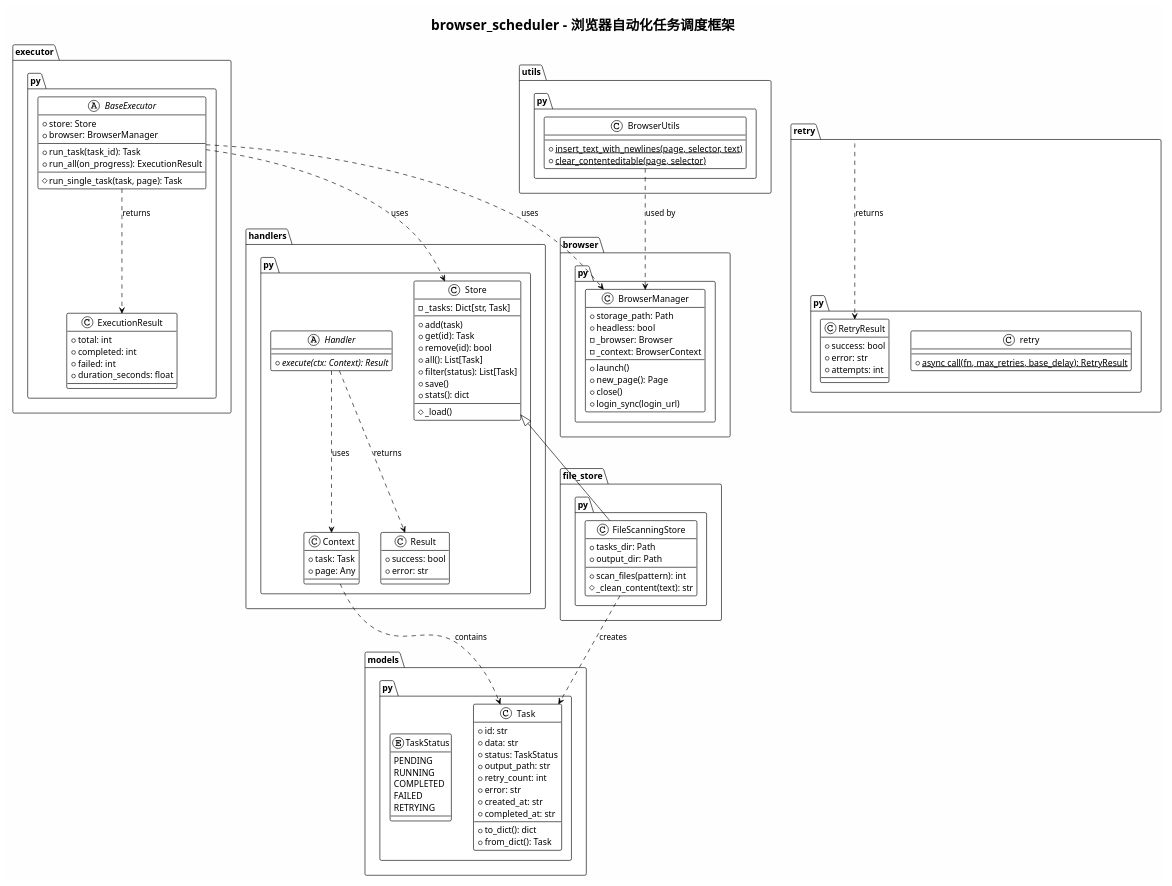
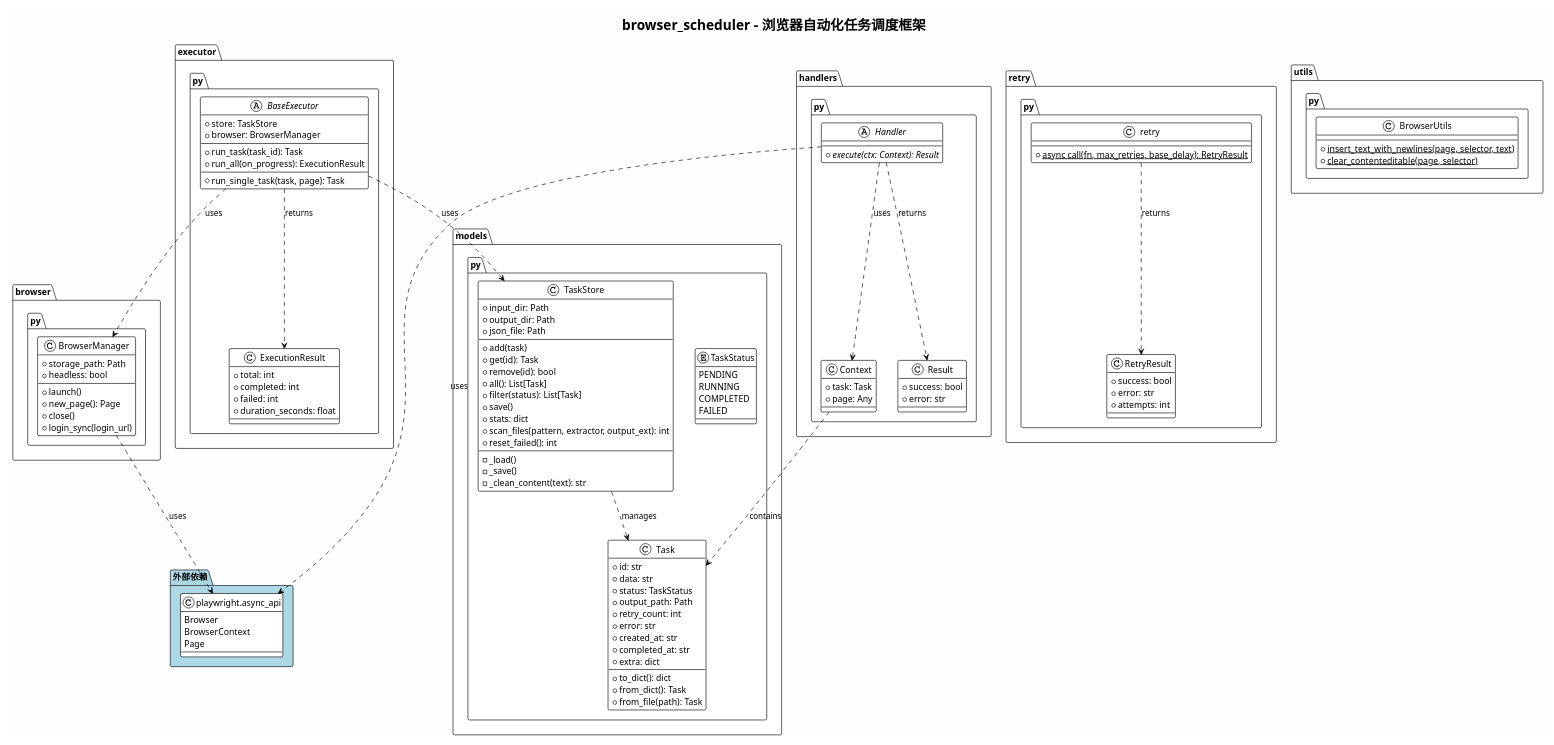
Before and after one commit to dreasky/gemini-img: the diagram in scripts/browser_scheduler/doc/architecture.puml, drawn with PlantUML.

Commit message:
feat：browser_scheduler 结构图更新

```diff
--- a/scripts/browser_scheduler/doc/architecture.puml
+++ b/scripts/browser_scheduler/doc/architecture.puml
@@ -1,151 +1,151 @@
 @startuml browser_scheduler_architecture
 !theme plain
 skinparam backgroundColor #FEFEFE
 skinparam componentStyle rectangle
 skinparam packageStyle folder
 
 ' 标题
 title browser_scheduler - 浏览器自动化任务调度框架
 
-' 核心模型层
+' 核心模型层（models.py）
 package "models.py" {
     class Task {
         +id: str
         +data: str
         +status: TaskStatus
-        +output_path: str
+        +output_path: Path
         +retry_count: int
         +error: str
         +created_at: str
         +completed_at: str
+        +extra: dict
         --
         +to_dict(): dict
         +from_dict(): Task
+        +from_file(path): Task
     }
 
     enum TaskStatus {
         PENDING
         RUNNING
         COMPLETED
         FAILED
-        RETRYING
     }
-}
 
-' 存储层
-package "handlers.py" {
-    class Store {
-        -_tasks: Dict[str, Task]
+    class TaskStore {
+        +input_dir: Path
+        +output_dir: Path
+        +json_file: Path
         --
         +add(task)
         +get(id): Task
         +remove(id): bool
         +all(): List[Task]
         +filter(status): List[Task]
         +save()
-        +stats(): dict
+        +stats: dict
+        +scan_files(pattern, extractor, output_ext): int
+        +reset_failed(): int
         --
-        #_load()
+        -_load()
+        -_save()
+        -_clean_content(text): str
     }
+
+    TaskStore ..> Task : manages
 }
 
-package "file_store.py" {
-    class FileScanningStore {
-        +tasks_dir: Path
-        +output_dir: Path
-        --
-        +scan_files(pattern): int
-        #_clean_content(text): str
-    }
-    Store <|-- FileScanningStore
-}
-
-' 执行上下文
+' 执行上下文（handlers.py）
 package "handlers.py" {
     class Context {
         +task: Task
         +page: Any
     }
 
     class Result {
         +success: bool
         +error: str
     }
 
     abstract class Handler {
         +{abstract} execute(ctx: Context): Result
     }
+
+    Context ..> Task : contains
+    Handler ..> Context : uses
+    Handler ..> Result : returns
 }
 
-' 浏览器管理
+' 浏览器管理（browser.py）
 package "browser.py" {
     class BrowserManager {
         +storage_path: Path
         +headless: bool
-        -_browser: Browser
-        -_context: BrowserContext
         --
         +launch()
         +new_page(): Page
         +close()
         +login_sync(login_url)
     }
 }
 
-' 执行器
+' 执行器（executor.py）
 package "executor.py" {
     class ExecutionResult {
         +total: int
         +completed: int
         +failed: int
         +duration_seconds: float
     }
 
     abstract class BaseExecutor {
-        +store: Store
+        +store: TaskStore
         +browser: BrowserManager
         --
         +run_task(task_id): Task
         +run_all(on_progress): ExecutionResult
         --
         #run_single_task(task, page): Task
     }
+
+    BaseExecutor ..> TaskStore : uses
+    BaseExecutor ..> BrowserManager : uses
+    BaseExecutor ..> ExecutionResult : returns
 }
 
-' 重试机制
+' 重试机制（retry.py）
 package "retry.py" {
     class retry {
         +{static} async call(fn, max_retries, base_delay): RetryResult
     }
 
     class RetryResult {
         +success: bool
         +error: str
         +attempts: int
     }
+
+    retry ..> RetryResult : returns
 }
 
-' 工具函数
+' 工具函数（utils.py）
 package "utils.py" {
     class BrowserUtils {
         +{static} insert_text_with_newlines(page, selector, text)
         +{static} clear_contenteditable(page, selector)
     }
 }
 
-' 关系
-Context ..> Task : contains
-Handler ..> Context : uses
-Handler ..> Result : returns
+' 外部依赖
+package "外部依赖" #LightBlue {
+    class "playwright.async_api" as Playwright {
+        Browser
+        BrowserContext
+        Page
+    }
+}
 
-BaseExecutor ..> Store : uses
-BaseExecutor ..> BrowserManager : uses
-BaseExecutor ..> ExecutionResult : returns
-
-FileScanningStore ..> Task : creates
-
-retry ..> RetryResult : returns
-
-BrowserUtils ..> BrowserManager : used by
+BrowserManager ..> Playwright : uses
+Handler ..> Playwright : uses
 
 @enduml
```
